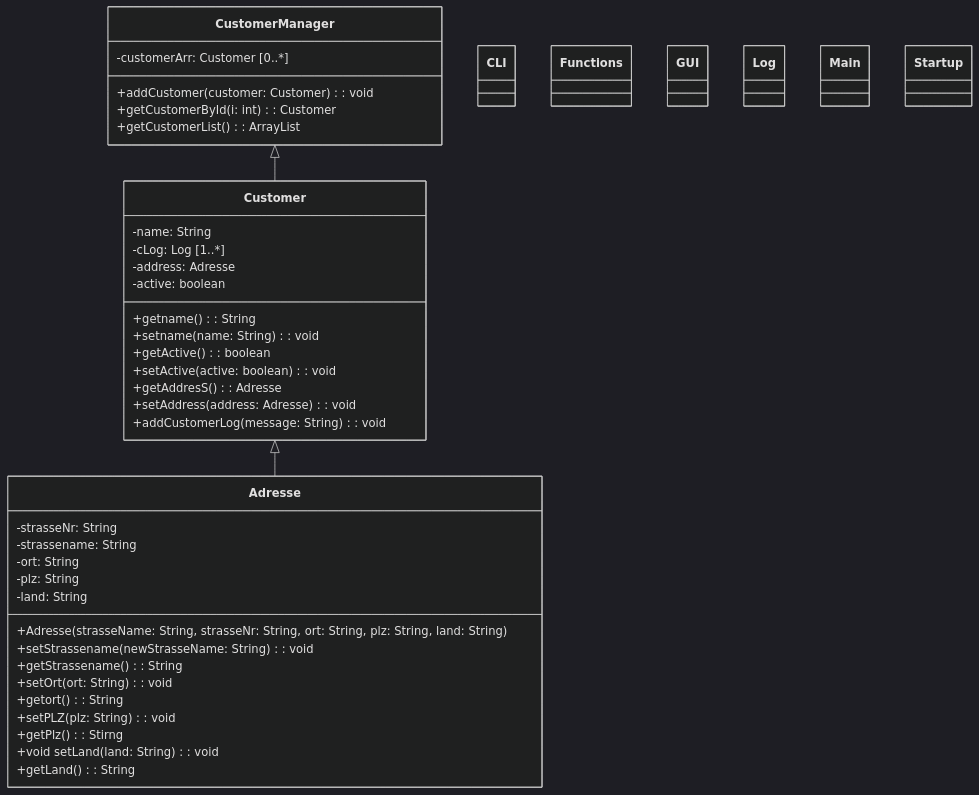
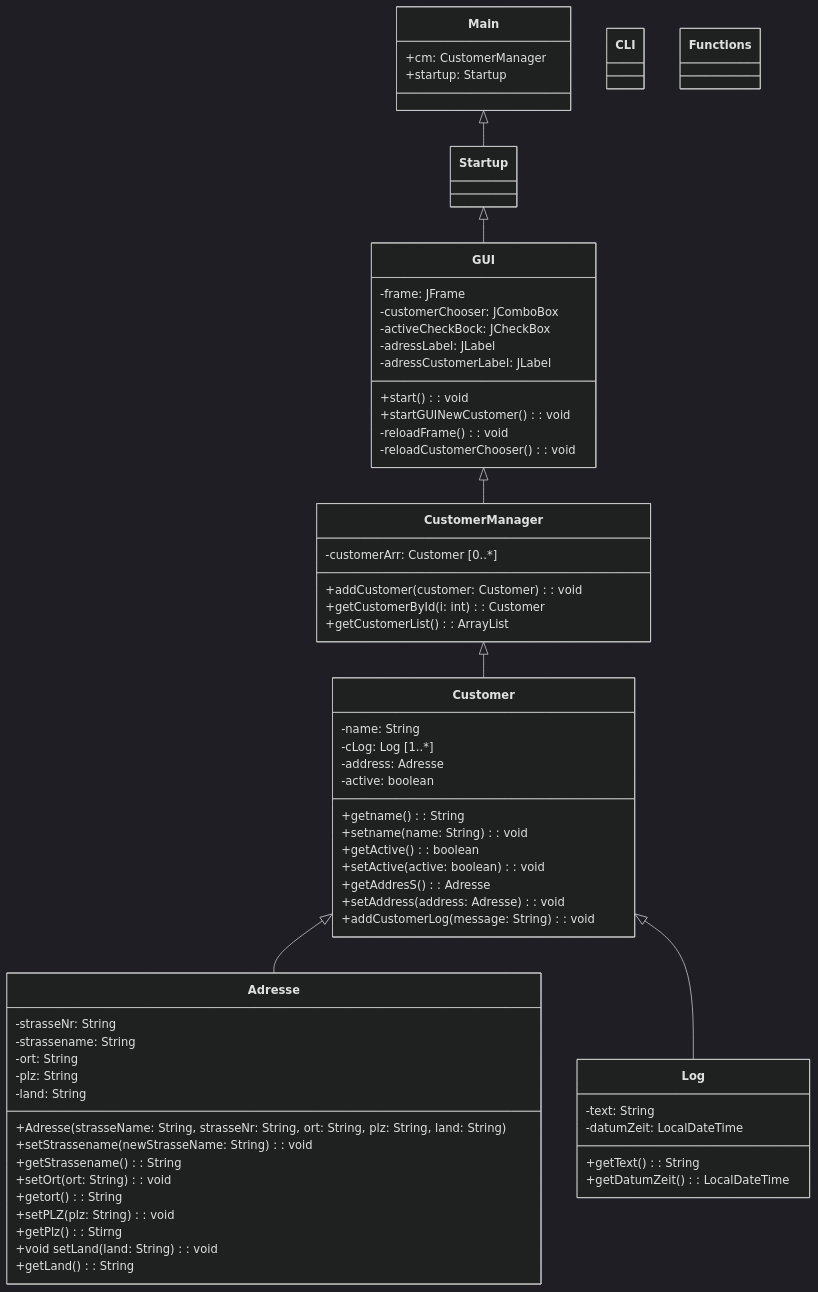
One commit to Beat94/CustomerManagementSystem changed the diagram in Readme.md. Above: the diagram before and after it, drawn with Mermaid (dark theme). The commit also changed 1 other file, not shown here.

Commit message:
added some functions and variables to readme mermaid-section. Additionaly deleted a variable out of main

````diff
--- a/Readme.md
+++ b/Readme.md
@@ -13,7 +13,11 @@
 ```mermaid
 classDiagram
     Customer <|-- Adresse
+    Customer <|-- Log
     CustomerManager <|-- Customer
+    GUI <|-- CustomerManager
+    Startup <|-- GUI
+    Main <|-- Startup
 
     class Adresse{
         -strasseNr: String
@@ -62,18 +66,30 @@
     }
 
     class GUI{
-
+        -frame: JFrame
+        -customerChooser: JComboBox
+        -activeCheckBock: JCheckBox
+        -adressLabel: JLabel
+        -adressCustomerLabel: JLabel
+        +start(): void
+        +startGUINewCustomer(): void
+        -reloadFrame(): void
+        -reloadCustomerChooser(): void
     }
 
     class Log{
-
+        -text: String
+        -datumZeit: LocalDateTime
+        +getText(): String
+        +getDatumZeit(): LocalDateTime
     }
 
     class Main{
-
+        +cm: CustomerManager
+        +startup: Startup
     }
 
     class Startup{
-
+        
     }
 ```
````
